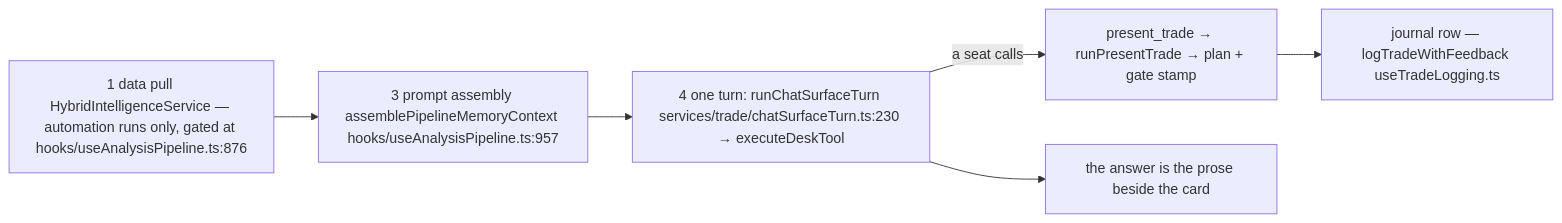
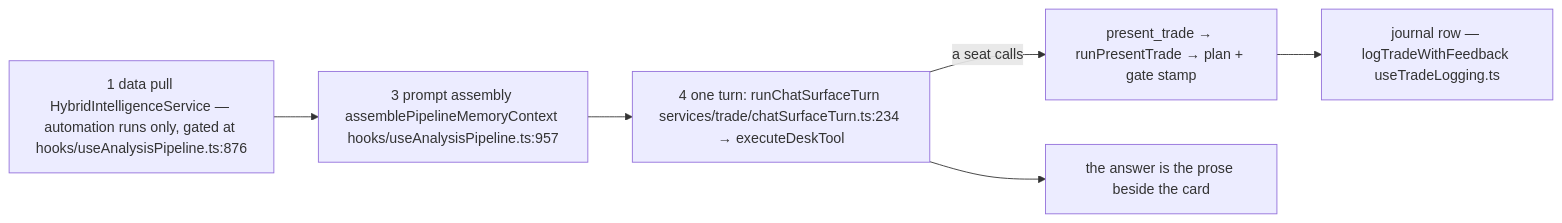
Before and after one commit to Acepay25/august-3.5: the third of 7 diagrams in docs/app-flow.md, drawn with Mermaid. The commit also changed other lines of this file and 39 other files, not shown here.

Commit message:
fix(trader): the screenshot, the chart overlay and the warnings tell the truth

````diff
--- a/docs/app-flow.md
+++ b/docs/app-flow.md
@@ -173,8 +173,8 @@
 ```mermaid
 flowchart LR
     S1["1 data pull HybridIntelligenceService — automation runs only, gated at hooks/useAnalysisPipeline.ts:876"] --> S3["3 prompt assembly assemblePipelineMemoryContext hooks/useAnalysisPipeline.ts:957"]
-    S3 --> S4["4 one turn: runChatSurfaceTurn services/trade/chatSurfaceTurn.ts:230 → executeDeskTool"]
+    S3 --> S4["4 one turn: runChatSurfaceTurn services/trade/chatSurfaceTurn.ts:234 → executeDeskTool"]
     S4 -->|a seat calls| PT["present_trade → runPresentTrade → plan + gate stamp"]
     PT --> JR["journal row — logTradeWithFeedback useTradeLogging.ts"]
     S4 --> ANS["the answer is the prose beside the card"]
 ```
````
